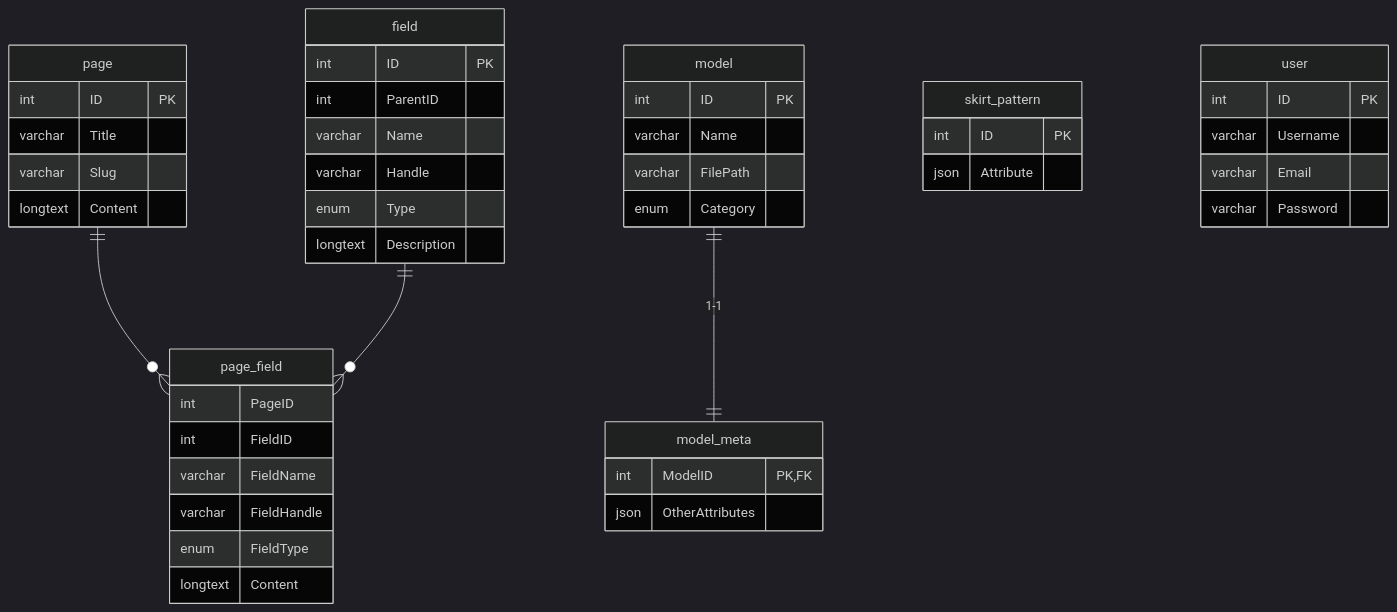
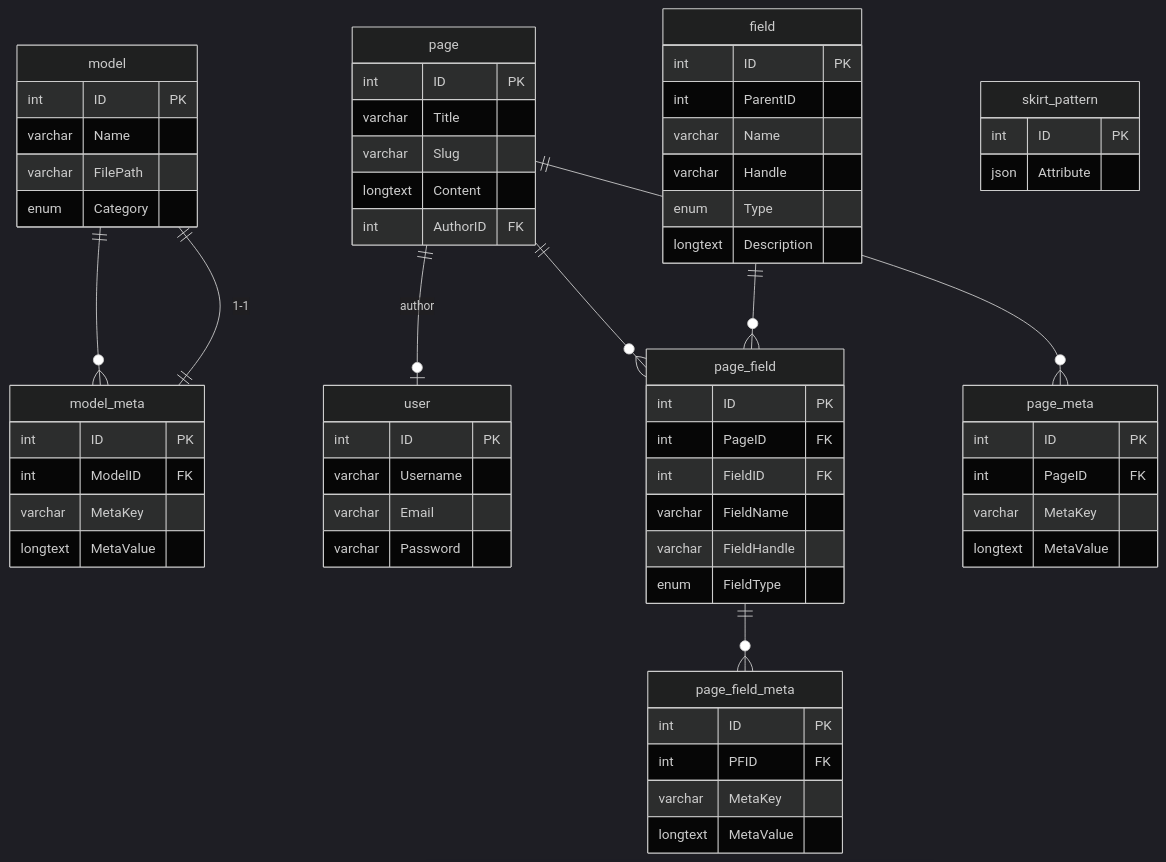
Before and after one commit to BoysInSkirts/BoysInSkirts: the diagram in database/schema.mmd, drawn with Mermaid (dark theme).

```diff
--- a/database/schema.mmd
+++ b/database/schema.mmd
@@ -1,49 +1,68 @@
 erDiagram
     field {
         int ID PK
         int ParentID
         varchar Name
         varchar Handle
         enum Type         
         %%  plain_text, rich_text, link, assets
         longtext Description
     }
     page {
         int ID PK
         varchar Title
         varchar Slug
         longtext Content
+        int AuthorID FK
     }
     model {
         int ID PK
         varchar Name
         varchar FilePath
         enum Category
     }
     model_meta {
-        int ModelID "PK,FK"
-        json OtherAttributes
+        int ID PK
+        int ModelID FK
+        varchar MetaKey
+        longtext MetaValue
     }
     skirt_pattern {
         int ID PK
         json Attribute
     }
     user {
         int ID PK
         varchar Username
         varchar Email
         varchar Password
     }
     page_field {
-        int PageID
-        int FieldID
+        int ID PK
+        int PageID FK
+        int FieldID FK
         varchar FieldName
         varchar FieldHandle
         enum FieldType    
         %% plain_text, rich_text, link, assets
-        longtext Content
+    }
+    page_field_meta {
+        int ID PK
+        int PFID FK
+        varchar MetaKey
+        longtext MetaValue
+    }
+    page_meta {
+        int ID PK
+        int PageID FK
+        varchar MetaKey
+        longtext MetaValue
     }
 
+    model ||--o{ model_meta : ""
     model ||--|| model_meta : "1-1"
     page ||--o{ page_field : ""
     field ||--o{ page_field : ""
+    page ||--o| user : "author"
+    page ||--o{ page_meta : ""
+    page_field ||--o{ page_field_meta : ""
```
